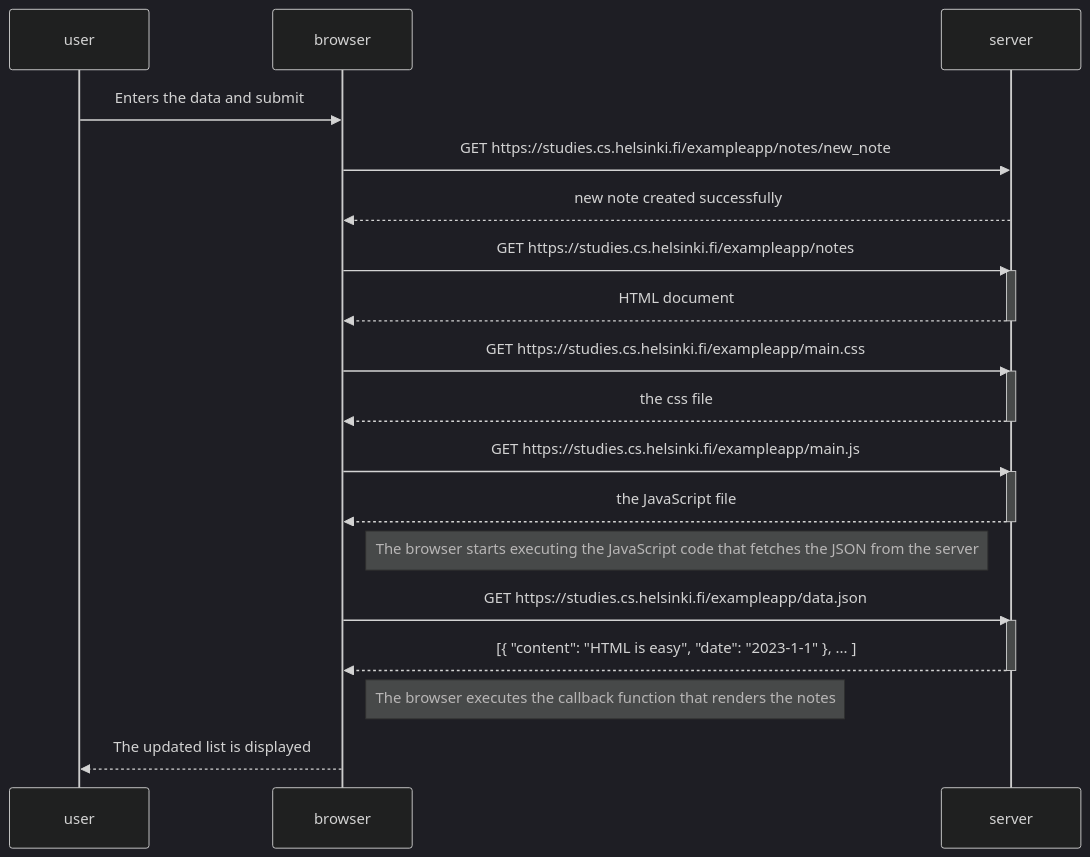
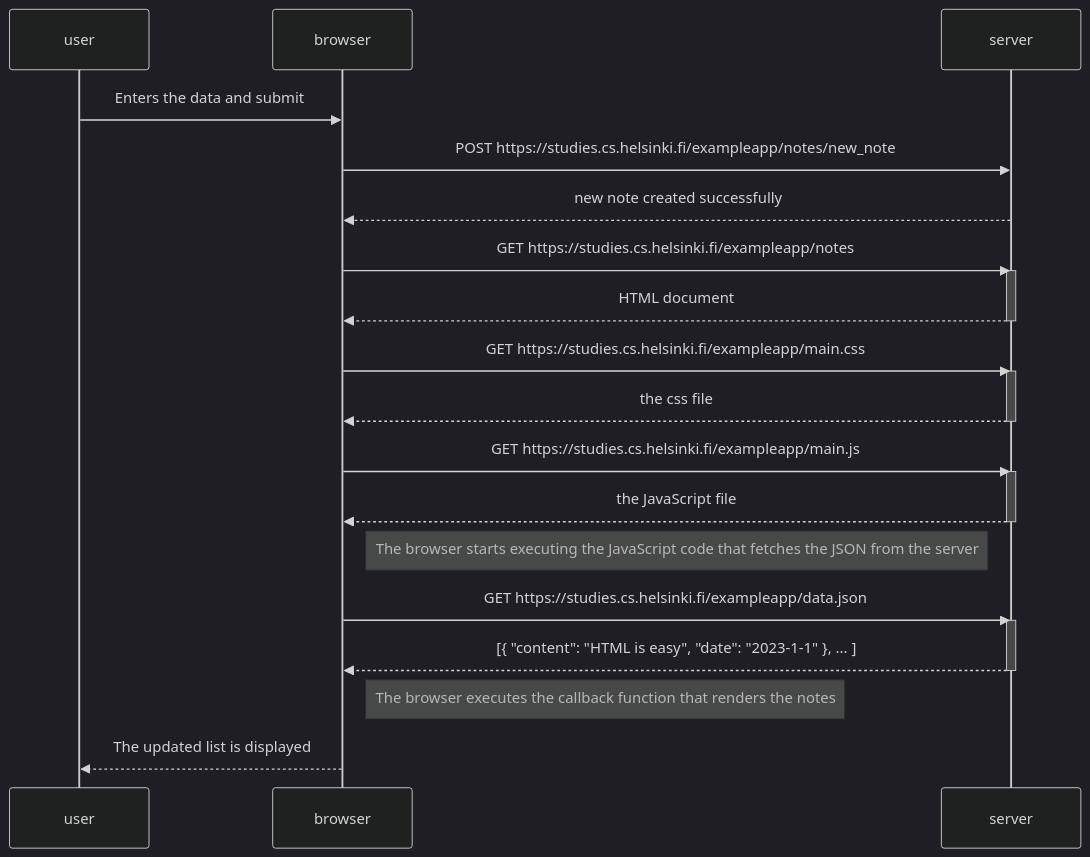
The diagram in 0.4.md (2getsandesh/fullstackopen), drawn with Mermaid (dark theme) before and after one commit.

````diff
--- a/0.4.md
+++ b/0.4.md
@@ -1,37 +1,37 @@
 ```mermaid
 sequenceDiagram
     participant user
     participant browser
     participant server
     
     
     user->>browser: Enters the data and submit
 
-    browser->>server: GET https://studies.cs.helsinki.fi/exampleapp/notes/new_note
+    browser->>server: POST https://studies.cs.helsinki.fi/exampleapp/notes/new_note
     server-->>browser: new note created successfully
     browser->>server: GET https://studies.cs.helsinki.fi/exampleapp/notes
     activate server
     server-->>browser: HTML document
     deactivate server
 
     browser->>server: GET https://studies.cs.helsinki.fi/exampleapp/main.css
     activate server
     server-->>browser: the css file
     deactivate server
 
     browser->>server: GET https://studies.cs.helsinki.fi/exampleapp/main.js
     activate server
     server-->>browser: the JavaScript file
     deactivate server
 
     Note right of browser: The browser starts executing the JavaScript code that fetches the JSON from the server
 
     browser->>server: GET https://studies.cs.helsinki.fi/exampleapp/data.json
     activate server
     server-->>browser: [{ "content": "HTML is easy", "date": "2023-1-1" }, ... ]
     deactivate server
     
     Note right of browser: The browser executes the callback function that renders the notes
     browser-->>user: The updated list is displayed
     
 ```
````
